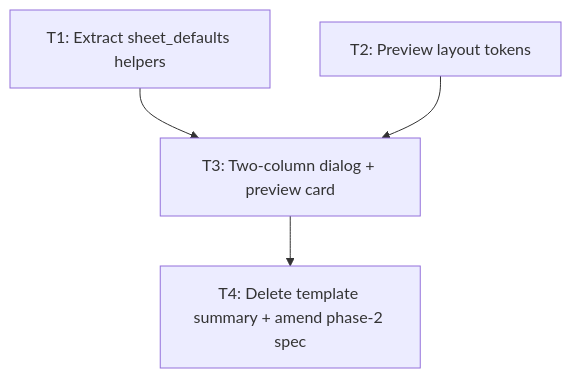
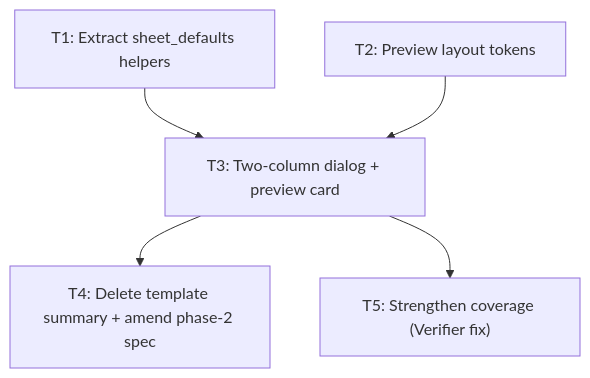
One commit to paulo-valleriote/legnaris changed the diagram in .specs/features/front-end-phase-3-sheet-preview/tasks.md. Above: the diagram before and after it, drawn with Mermaid. The commit also changed other lines of this file and 2 other files, not shown here.

First line of the commit message:
test(LGN-100): strengthen preview coverage from verifier findings

````diff
--- a/.specs/features/front-end-phase-3-sheet-preview/tasks.md
+++ b/.specs/features/front-end-phase-3-sheet-preview/tasks.md
@@ -155,6 +168,7 @@
 ```mermaid
 flowchart TD
     T1["T1: Extract sheet_defaults helpers"] --> T3["T3: Two-column dialog + preview card"]
     T2["T2: Preview layout tokens"] --> T3
     T3 --> T4["T4: Delete template summary + amend phase-2 spec"]
+    T3 --> T5["T5: Strengthen coverage (Verifier fix)"]
 ```
````
